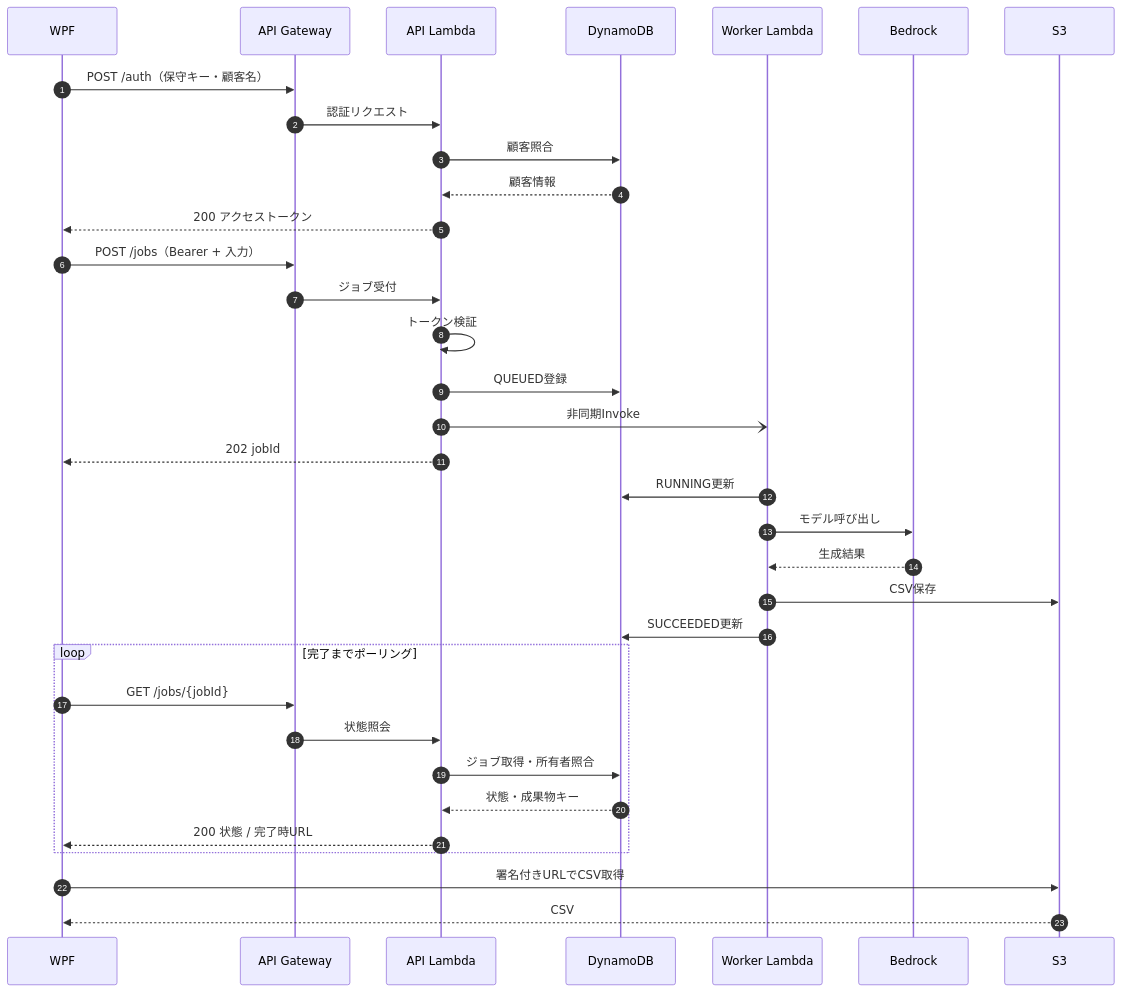
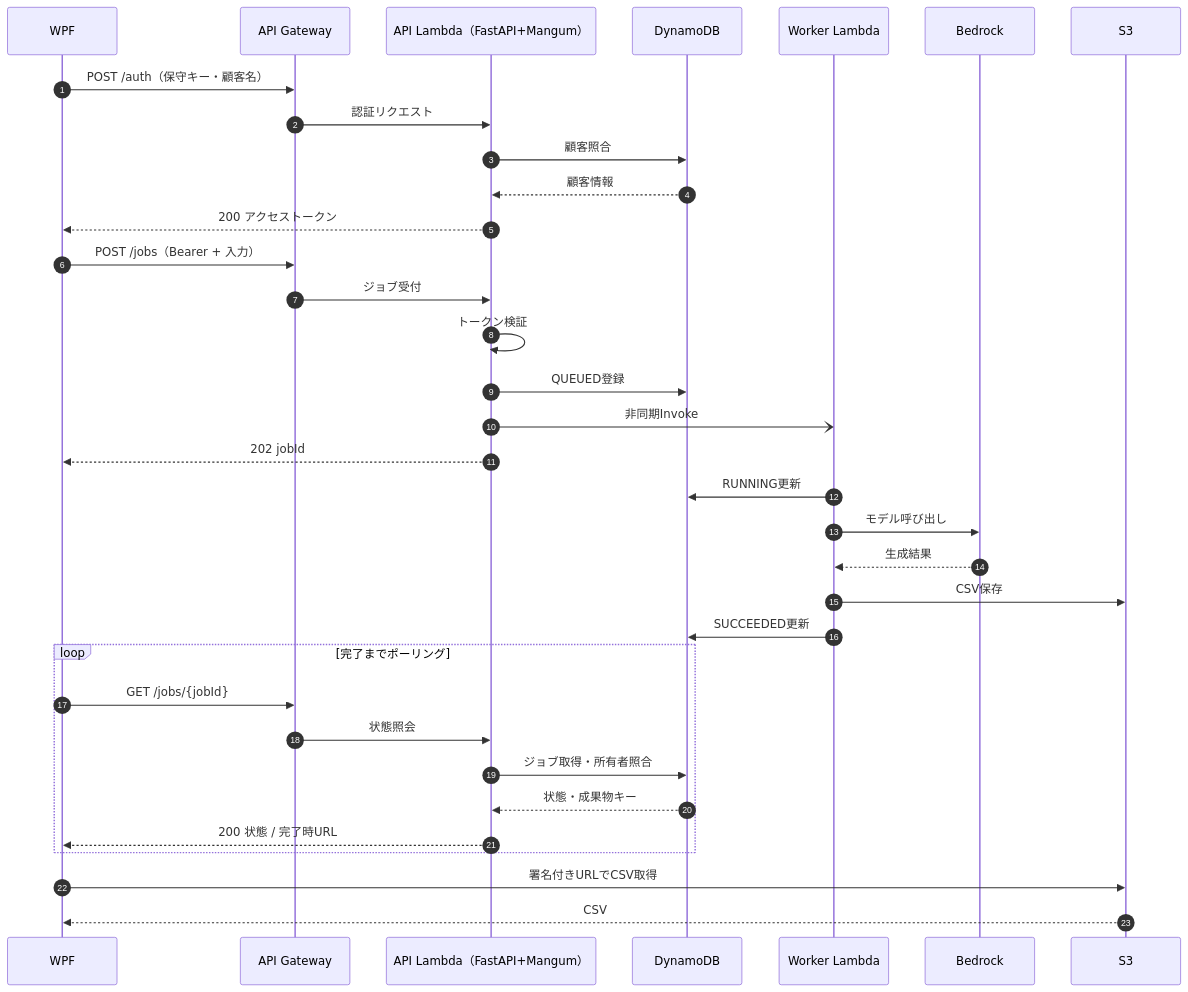
The diagram in docs/sequence.md (knmo000-tech/awsMemo), drawn with Mermaid before and after one commit. The commit also changed other lines of this file, not shown here.

Commit message:
docs: align API and sequence with FastAPI security plan

````diff
--- a/docs/sequence.md
+++ b/docs/sequence.md
@@ -3,36 +6,36 @@
 ```mermaid
 sequenceDiagram
     autonumber
     participant C as WPF
     participant G as API Gateway
-    participant A as API Lambda
+    participant A as API Lambda（FastAPI+Mangum）
     participant D as DynamoDB
     participant W as Worker Lambda
     participant B as Bedrock
     participant S as S3
     C->>G: POST /auth（保守キー・顧客名）
     G->>A: 認証リクエスト
     A->>D: 顧客照合
     D-->>A: 顧客情報
     A-->>C: 200 アクセストークン
     C->>G: POST /jobs（Bearer + 入力）
     G->>A: ジョブ受付
     A->>A: トークン検証
     A->>D: QUEUED登録
     A-)W: 非同期Invoke
     A-->>C: 202 jobId
     W->>D: RUNNING更新
     W->>B: モデル呼び出し
     B-->>W: 生成結果
     W->>S: CSV保存
     W->>D: SUCCEEDED更新
     loop 完了までポーリング
         C->>G: GET /jobs/{jobId}
         G->>A: 状態照会
         A->>D: ジョブ取得・所有者照合
         D-->>A: 状態・成果物キー
         A-->>C: 200 状態 / 完了時URL
     end
     C->>S: 署名付きURLでCSV取得
     S-->>C: CSV
 ```
````
